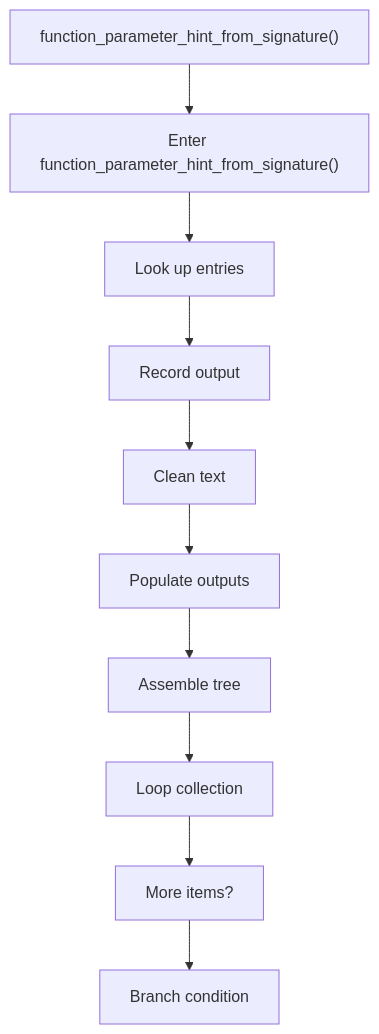
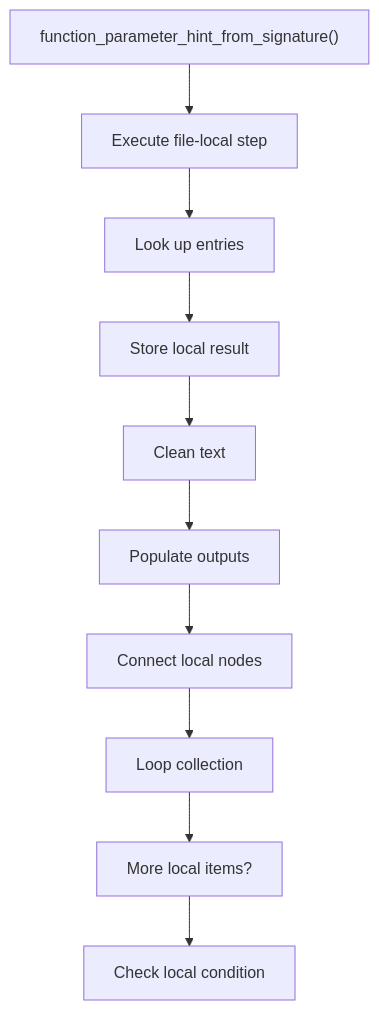
One commit to JohnAndrewBalbarosa/NeoTerritory changed the first of 2 diagrams in docs/Codebase/Microservice/Modules/Source/Analysis/ImplementationUse/Resolution/Symbols/Resolve/Flow/functions/function_parameter_hint_from_signature.cpp.md. Above: the diagram before and after it, drawn with Mermaid. The commit also changed other lines of this file and 915 other files, not shown here.

````diff
--- a/docs/Codebase/Microservice/Modules/Source/Analysis/ImplementationUse/Resolution/Symbols/Resolve/Flow/functions/function_parameter_hint_from_signature.cpp.md
+++ b/docs/Codebase/Microservice/Modules/Source/Analysis/ImplementationUse/Resolution/Symbols/Resolve/Flow/functions/function_parameter_hint_from_signature.cpp.md
@@ -29,22 +29,22 @@
 ```mermaid
 flowchart TD
     N0["function_parameter_hint_from_signature()"]
-    N1["Enter function_parameter_hint_from_signature()"]
+    N1["Execute file-local step"]
     N2["Look up entries"]
-    N3["Record output"]
+    N3["Store local result"]
     N4["Clean text"]
     N5["Populate outputs"]
-    N6["Assemble tree"]
+    N6["Connect local nodes"]
     N7["Loop collection"]
-    N8["More items?"]
-    N9["Branch condition"]
+    N8["More local items?"]
+    N9["Check local condition"]
     N0 --> N1
     N1 --> N2
     N2 --> N3
     N3 --> N4
     N4 --> N5
     N5 --> N6
     N6 --> N7
     N7 --> N8
     N8 --> N9
 ```
````
